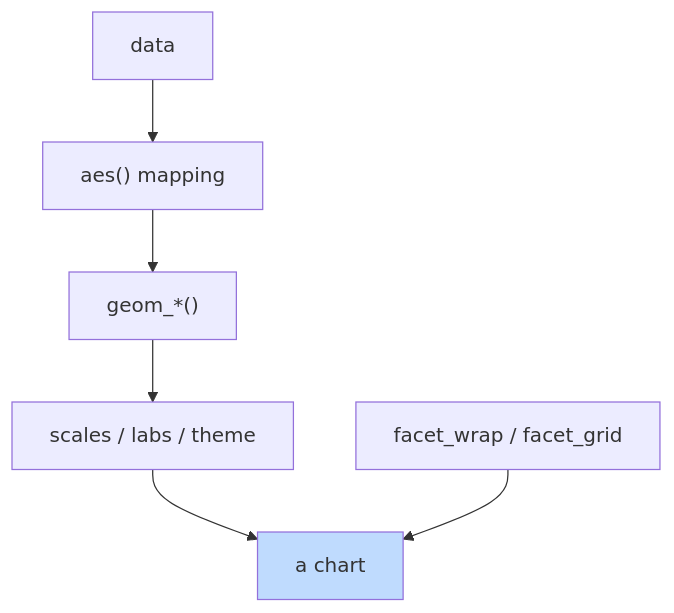
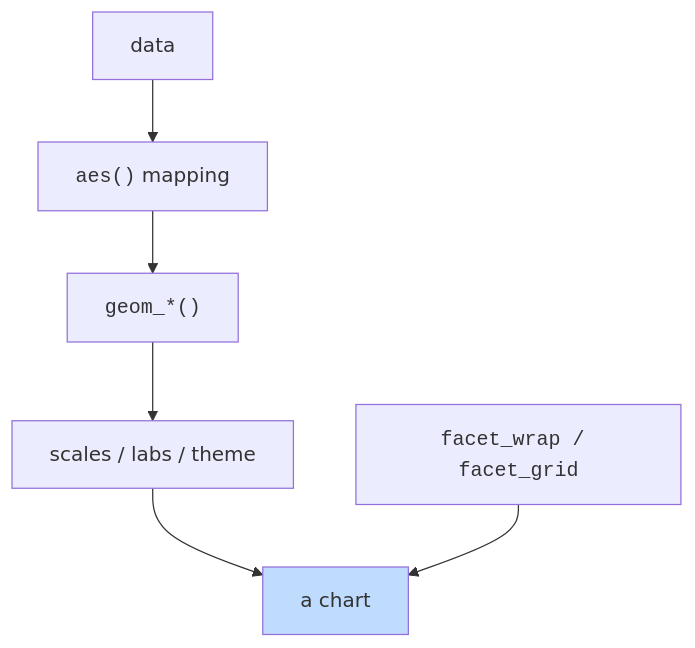
Before and after one commit to dataslope/dataslope: the diagram in content/learn/practical-r-for-beginners/ggplot-grammar.mdx, drawn with Mermaid. The commit also changed 218 other files, not shown here.

First line of the commit message:
Render code-only mermaid shapes in monospace; convert step sequences to Steps (#467)

````diff
--- a/content/learn/practical-r-for-beginners/ggplot-grammar.mdx
+++ b/content/learn/practical-r-for-beginners/ggplot-grammar.mdx
@@ -235,6 +235,6 @@
 ```mermaid
 flowchart TB
-  d["data"] --> a["aes() mapping"] --> g["geom_*()"] --> s["scales / labs / theme"] --> chart["a chart"]
-  facet["facet_wrap / facet_grid"] --> chart
+  d["data"] --> a["<code>aes()</code> mapping"] --> g["<code>geom_*()</code>"] --> s["scales / labs / theme"] --> chart["a chart"]
+  facet["<code>facet_wrap / facet_grid</code>"] --> chart
   style chart fill:#bfdbfe
 ```
````
